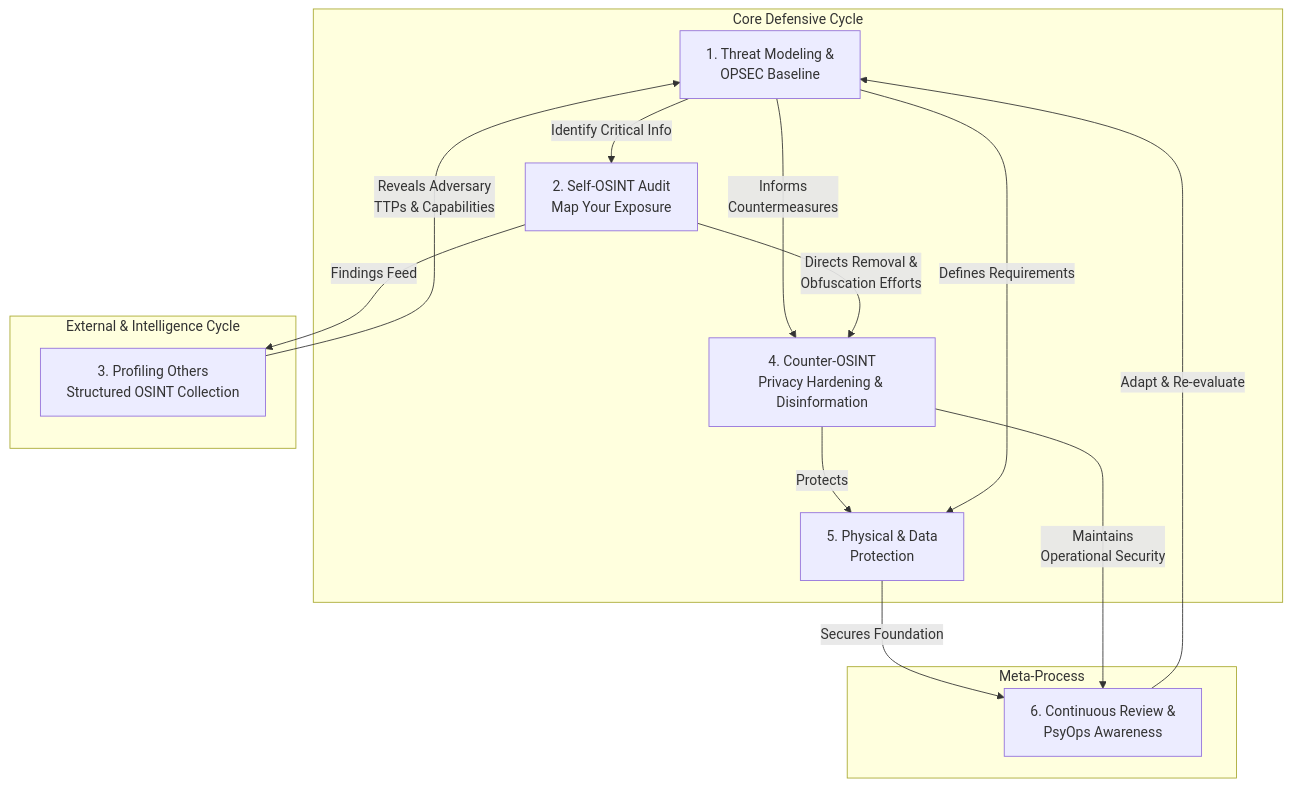
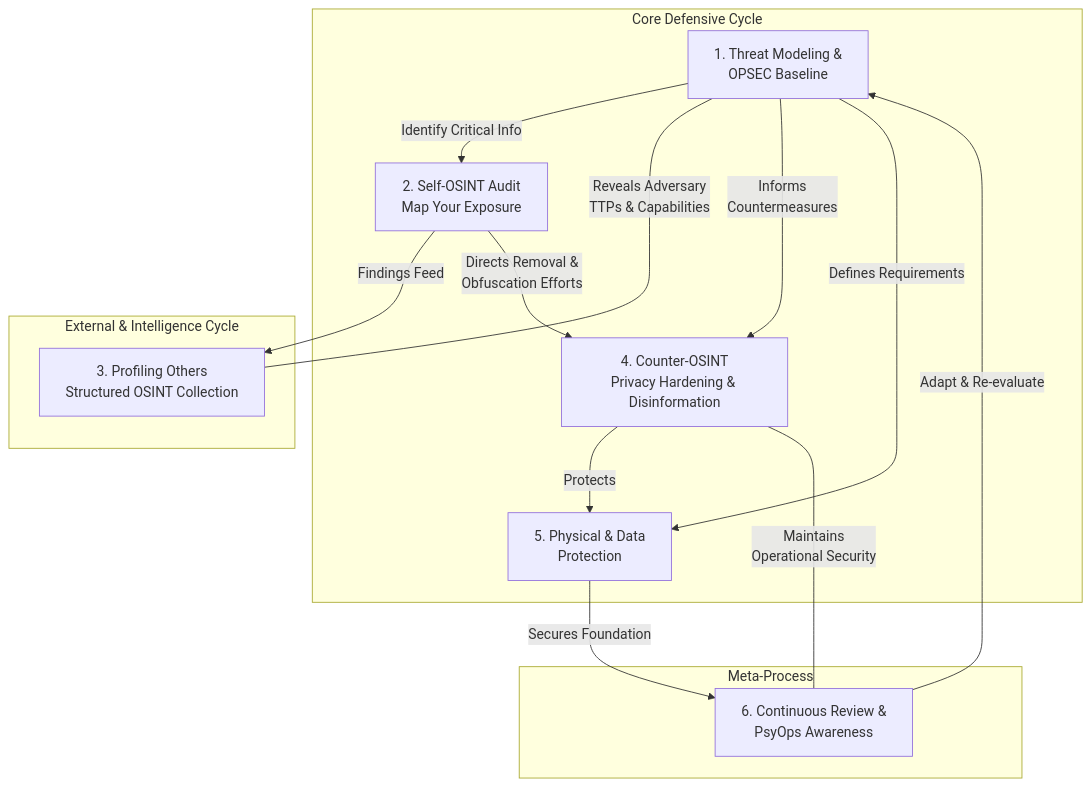
Before and after one commit to airborne-commando/OPSEC-OSINT-Tools: the diagram in methodology.md, drawn with Mermaid.

````diff
--- a/methodology.md
+++ b/methodology.md
@@ -143,33 +143,33 @@
 ```mermaid
 flowchart TD
     A[1. Threat Modeling &<br>OPSEC Baseline] -->|Identify Critical Info| B[2. Self-OSINT Audit<br>Map Your Exposure]
     B -->|Findings Feed| C[3. Profiling Others<br>Structured OSINT Collection]
     
-    C -->|Reveals Adversary<br>TTPs & Capabilities| A
+    A ---|Reveals Adversary<br>TTPs & Capabilities| C
     
     A -->|Informs<br>Countermeasures| D[4. Counter-OSINT<br>Privacy Hardening & Disinformation]
     B -->|Directs Removal &<br>Obfuscation Efforts| D
     
     D -->|Protects| E[5. Physical & Data<br>Protection]
     A -->|Defines Requirements| E
     
     E -->|Secures Foundation| F[6. Continuous Review &<br>PsyOps Awareness]
-    D -->|Maintains<br>Operational Security| F
+    D ---|Maintains<br>Operational Security| F
     
     F -->|Adapt & Re-evaluate| A
 
     subgraph "Core Defensive Cycle"
         A
         B
         D
         E
     end
 
     subgraph "External & Intelligence Cycle"
         C
     end
 
     subgraph "Meta-Process"
         F
     end
 ```
````
